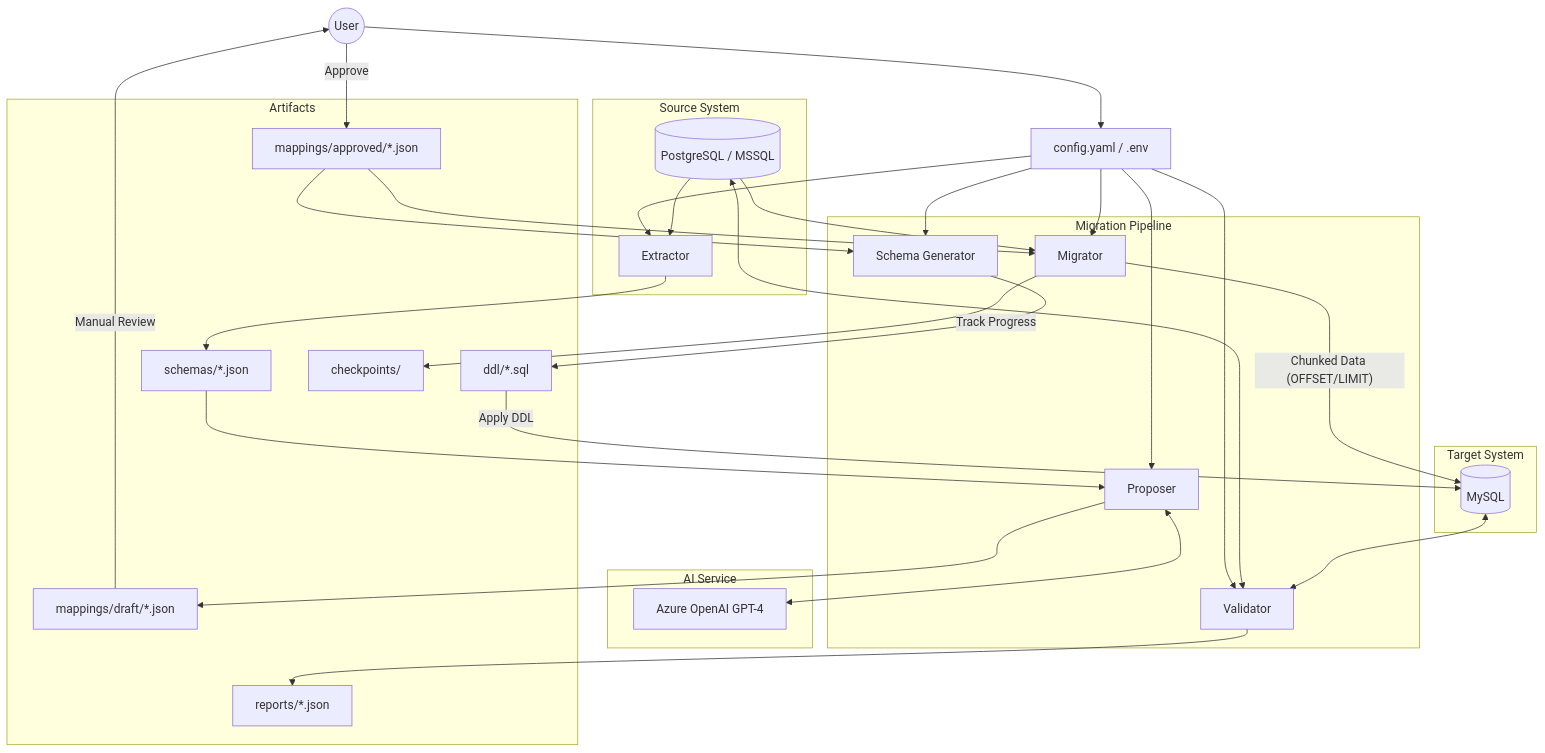
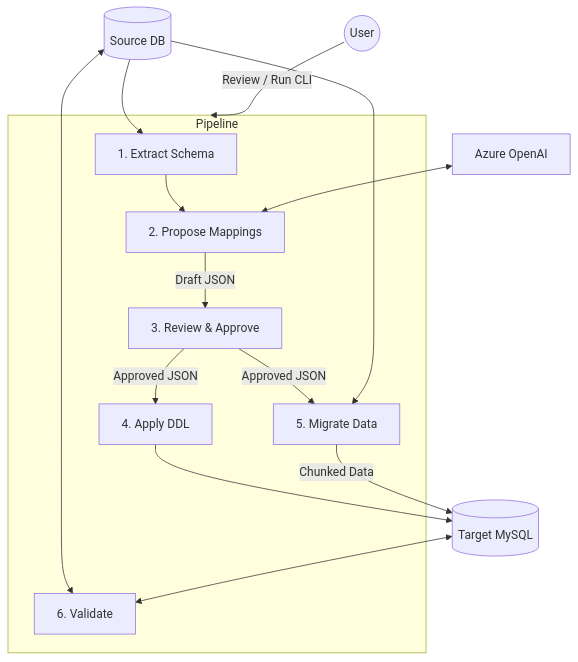
Before and after one commit to neogi5043/DB-Migrator: the diagram in README.md, drawn with Mermaid.

Commit message:
initial comit2

````diff
--- a/README.md
+++ b/README.md
@@ -11,72 +11,31 @@
 ```mermaid
-graph TB
-    %% Nodes
+graph TD
     User((User))
-    Config[config.yaml / .env]
-
-    subgraph Source_System [Source System]
-        SourceDB[(PostgreSQL / MSSQL)]
-        Extractor[Extractor]
-    end
-
-    subgraph LLM_Service [AI Service]
-        AzureOpenAI[Azure OpenAI GPT-4]
-    end
-
-    subgraph Core_Pipeline [Migration Pipeline]
-        Proposer[Proposer]
-        SchemaGen[Schema Generator]
-        Migrator[Migrator]
-        Validator[Validator]
-    end
-
-    subgraph Target_System [Target System]
-        TargetDB[(MySQL)]
-    end
-
-    subgraph File_System [Artifacts]
-        SchemaJSON[schemas/*.json]
-        DraftMap[mappings/draft/*.json]
-        ApprovedMap[mappings/approved/*.json]
-        DDLFiles[ddl/*.sql]
-        Checkpoints[checkpoints/]
-        Reports[reports/*.json]
+    Source[(Source DB)]
+    Target[(Target MySQL)]
+    AI[Azure OpenAI]
+    
+    subgraph Pipeline
+        Extract[1. Extract Schema]
+        Propose[2. Propose Mappings]
+        Review[3. Review & Approve]
+        Apply[4. Apply DDL]
+        Migrate[5. Migrate Data]
+        Validate[6. Validate]
     end
 
     %% Flow
-    User --> Config
-    Config --> Extractor
-    Config --> Proposer
-    Config --> SchemaGen
-    Config --> Migrator
-    Config --> Validator
-
-    %% 1. Extract
-    SourceDB --> Extractor
-    Extractor --> SchemaJSON
+    Source --> Extract
+    Extract --> Propose
+    AI <--> Propose
+    Propose -- "Draft JSON" --> Review
+    Review -- "Approved JSON" --> Apply
+    Apply --> Target
+    Review -- "Approved JSON" --> Migrate
+    Source --> Migrate
+    Migrate -- "Chunked Data" --> Target
+    Source <--> Validate
+    Target <--> Validate
     
-    %% 2. Propose
-    SchemaJSON --> Proposer
-    Proposer <--> AzureOpenAI
-    Proposer --> DraftMap
-
-    %% 3. Review
-    DraftMap -- "Manual Review" --> User
-    User -- "Approve" --> ApprovedMap
-
-    %% 4. Apply
-    ApprovedMap --> SchemaGen
-    SchemaGen --> DDLFiles
-    DDLFiles -- "Apply DDL" --> TargetDB
-
-    %% 5. Migrate
-    ApprovedMap --> Migrator
-    SourceDB --> Migrator
-    Migrator -- "Chunked Data (OFFSET/LIMIT)" --> TargetDB
-    Migrator -- "Track Progress" --> Checkpoints
-
-    %% 6. Validate
-    SourceDB <--> Validator
-    TargetDB <--> Validator
-    Validator --> Reports
+    User -- "Review / Run CLI" --> Pipeline
 ```
````
